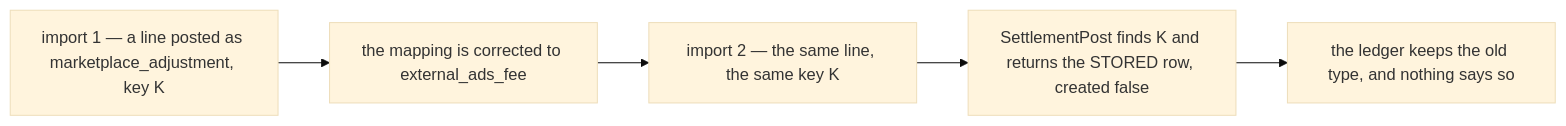
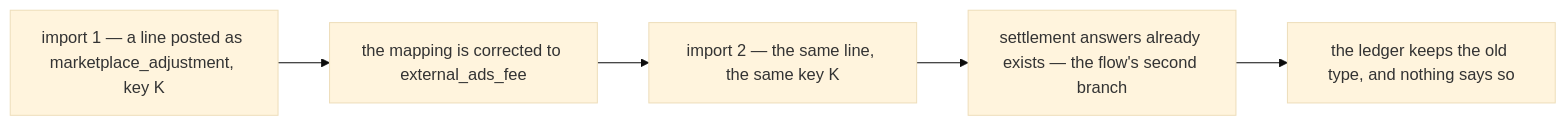
One commit to pdcgo/warehouse_revamp changed the second of 7 diagrams in docs/business/settlement/settlement_importer_clarify.md. Above: the diagram before and after it, drawn with Mermaid (base theme). The commit also changed other lines of this file and 3 other files, not shown here.

First line of the commit message:
settlement_importer: re-examine the streamed flow — the interceptor refuses every stream

````diff
--- a/docs/business/settlement/settlement_importer_clarify.md
+++ b/docs/business/settlement/settlement_importer_clarify.md
@@ -50,7 +62,7 @@
 ```mermaid
 flowchart LR
   A["import 1 — a line posted as marketplace_adjustment, key K"] --> B["the mapping is corrected to external_ads_fee"]
   B --> C["import 2 — the same line, the same key K"]
-  C --> D["SettlementPost finds K and returns the STORED row, created false"]
+  C --> D["settlement answers already exists — the flow's second branch"]
   D --> E["the ledger keeps the old type, and nothing says so"]
 ```
````
